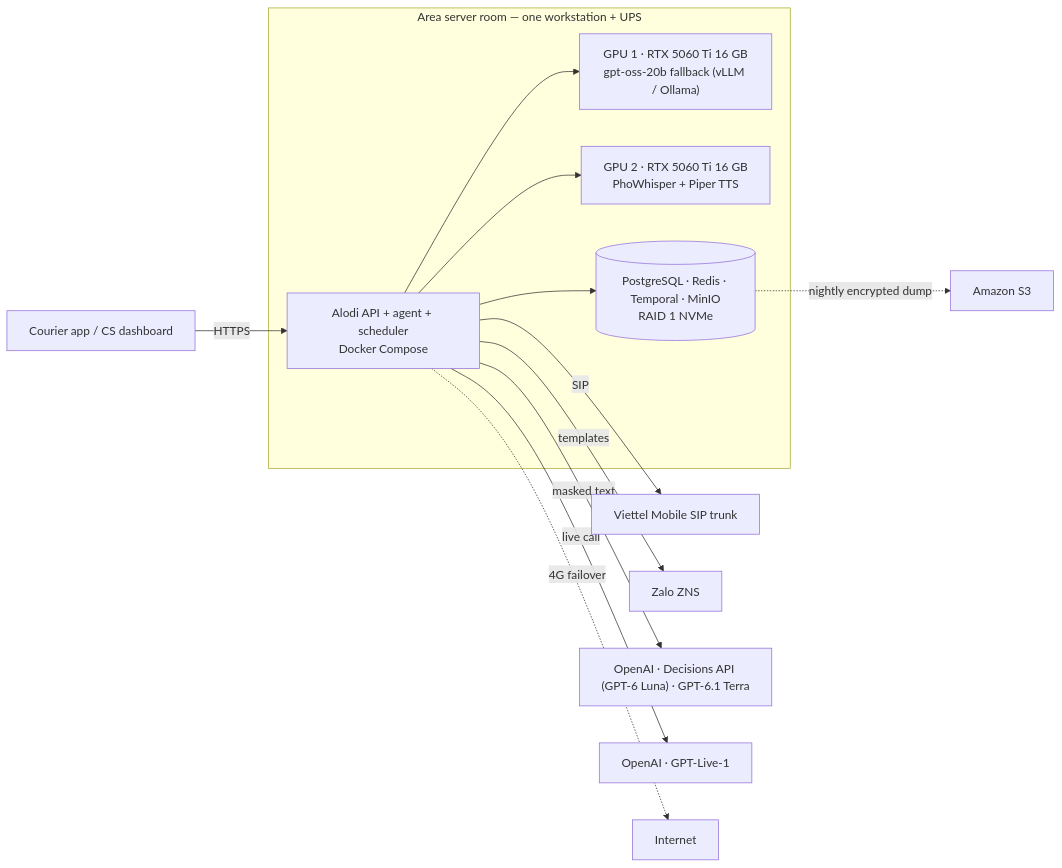
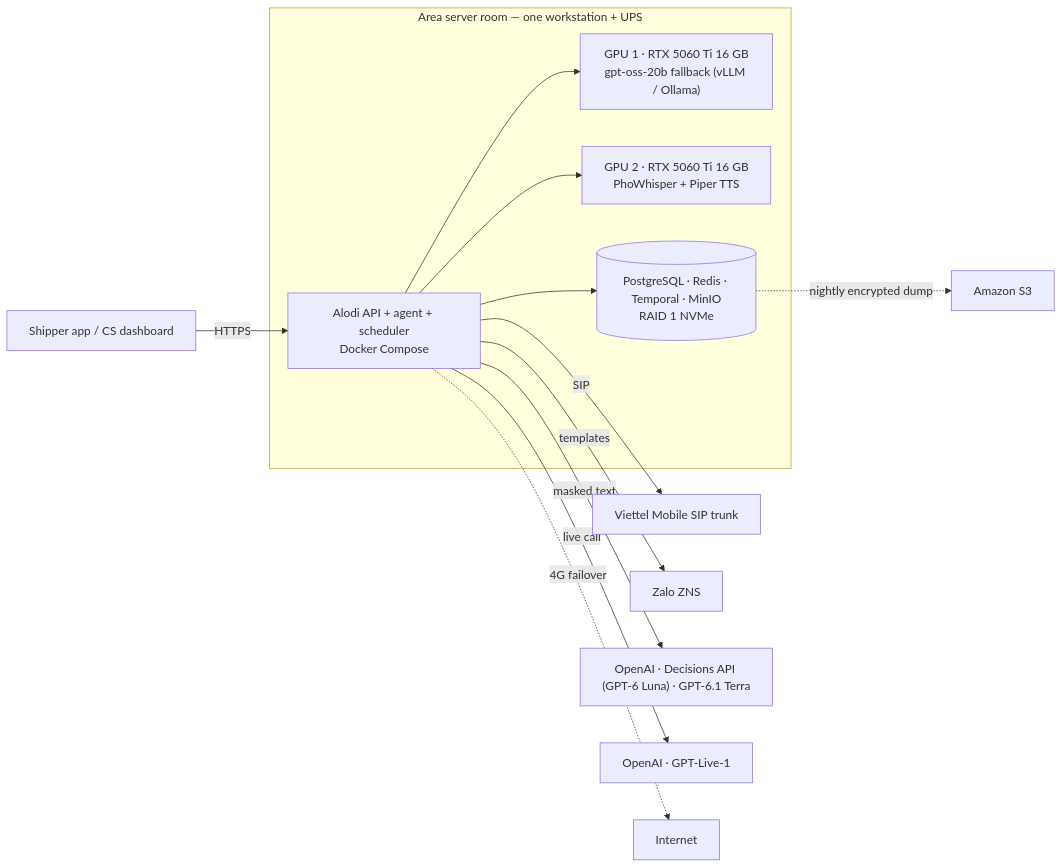
Diagram 16 of 18 in prep/02-technical/PRD.md (BennedictQuanTon/Alodi-Regional-Codex-Hackathon-2026), drawn with Mermaid before and after one commit. The commit also changed other lines of this file and 84 other files, not shown here.

````diff
--- a/prep/02-technical/PRD.md
+++ b/prep/02-technical/PRD.md
@@ -1903,19 +1903,19 @@
 ```mermaid
 flowchart LR
   subgraph Hub["Area server room — one workstation + UPS"]
     APP["Alodi API + agent + scheduler<br/>Docker Compose"]
     G1["GPU 1 · RTX 5060 Ti 16 GB<br/>gpt-oss-20b fallback (vLLM / Ollama)"]
     G2["GPU 2 · RTX 5060 Ti 16 GB<br/>PhoWhisper + Piper TTS"]
     DB[("PostgreSQL · Redis · Temporal · MinIO<br/>RAID 1 NVMe")]
   end
-  CA["Courier app / CS dashboard"] -->|HTTPS| APP
+  CA["Shipper app / CS dashboard"] -->|HTTPS| APP
   APP --> G1
   APP --> G2
   APP --> DB
   APP -->|"SIP"| SIP["Viettel Mobile SIP trunk"]
   APP -->|"templates"| ZNS["Zalo ZNS"]
   APP -->|"masked text"| OAI["OpenAI · Decisions API (GPT-6 Luna) · GPT-6.1 Terra"]
   APP -->|"live call"| LIVE["OpenAI · GPT-Live-1"]
   DB -. "nightly encrypted dump" .-> S3["Amazon S3"]
   APP -. "4G failover" .-> NET["Internet"]
 ```
````
